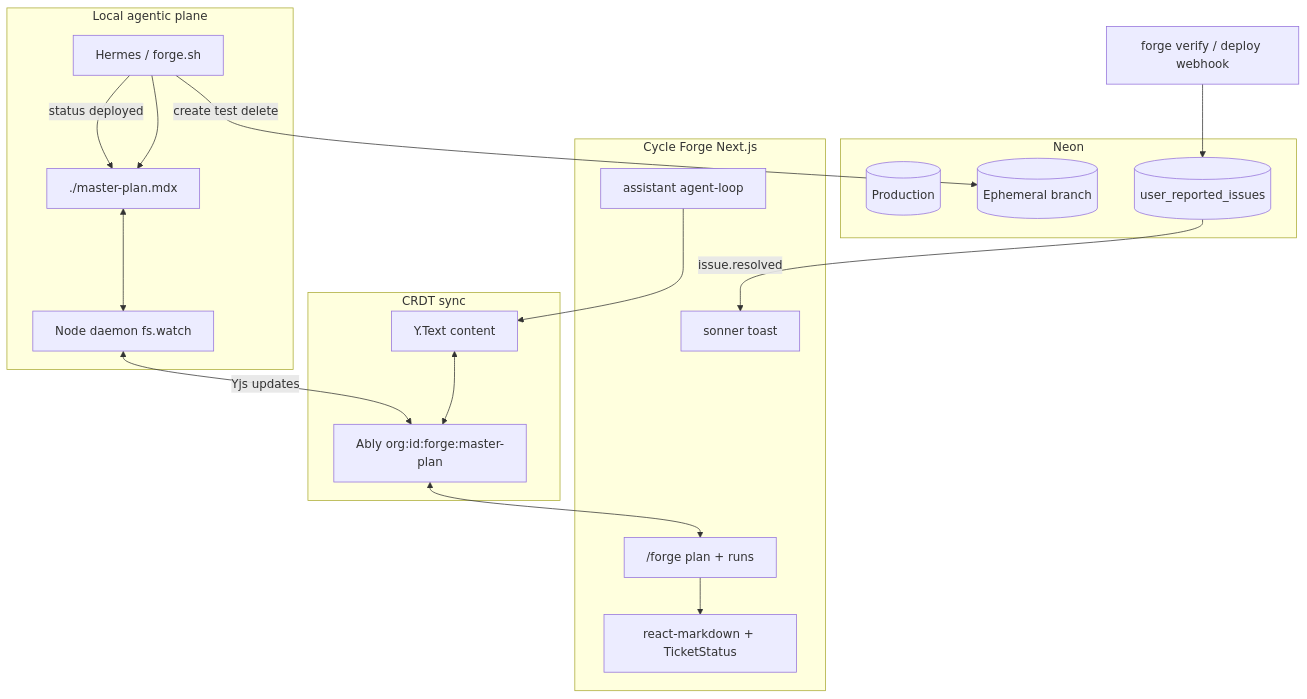
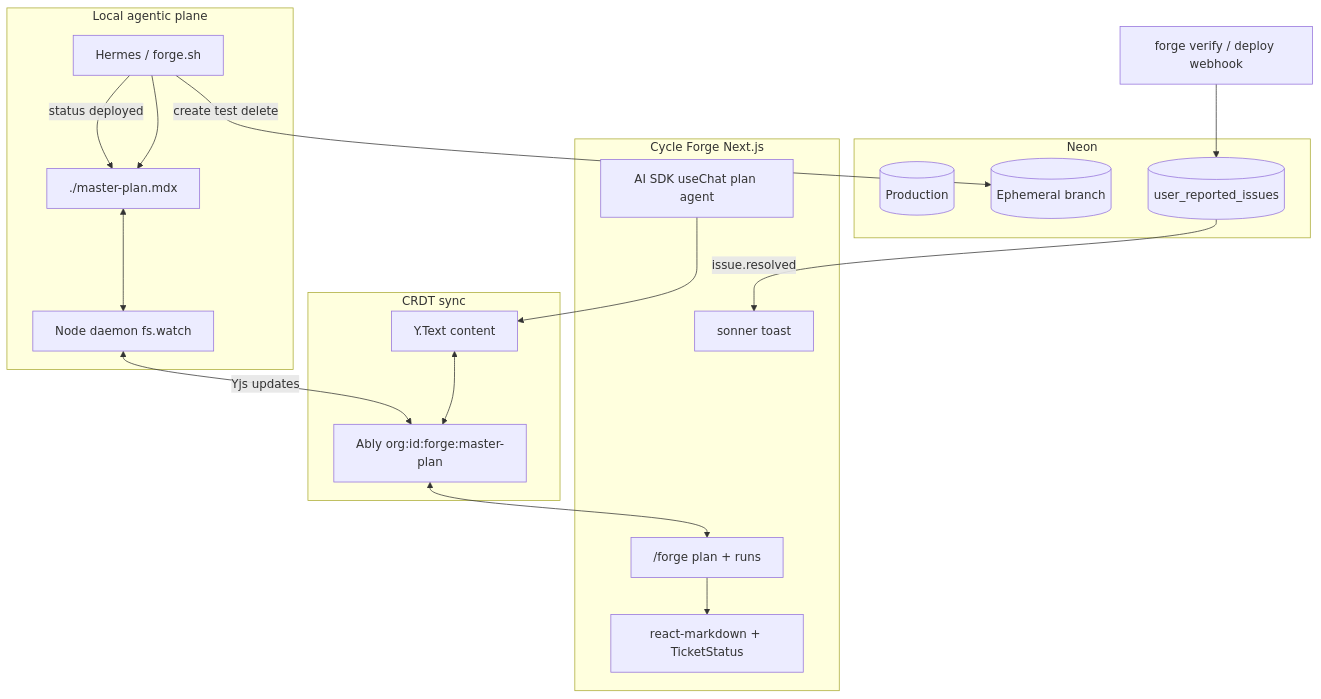
The diagram in docs/todo/agentic-loop-master-plan.md (DENSENSE8/cycleforge-app), drawn with Mermaid before and after one commit. The commit also changed other lines of this file, not shown here.

First line of the commit message:
Lock Vercel AI SDK for /forge plan-agent chat in agentic-loop plan

````diff
--- a/docs/todo/agentic-loop-master-plan.md
+++ b/docs/todo/agentic-loop-master-plan.md
@@ -72,38 +73,38 @@
 ```mermaid
 flowchart TB
   subgraph localPlane [Local agentic plane]
     MDX["./master-plan.mdx"]
     Daemon["Node daemon fs.watch"]
     Hermes["Hermes / forge.sh"]
     MDX <--> Daemon
     Hermes --> MDX
   end
 
   subgraph crdtPlane [CRDT sync]
     YText["Y.Text content"]
     AblyCh["Ably org:id:forge:master-plan"]
     YText <--> AblyCh
   end
 
   subgraph webPlane [Cycle Forge Next.js]
     ForgeUI["/forge plan + runs"]
     MDXView["react-markdown + TicketStatus"]
-    AgentChat["assistant agent-loop"]
+    AgentChat["AI SDK useChat plan agent"]
     Toast["sonner toast"]
     ForgeUI --> MDXView
     AgentChat --> YText
   end
 
   subgraph neonPlane [Neon]
     Prod[(Production)]
     Branch[(Ephemeral branch)]
     Issues[(user_reported_issues)]
   end
 
   Daemon <-->|Yjs updates| AblyCh
   AblyCh <--> ForgeUI
   Hermes -->|create test delete| Branch
   Hermes -->|status deployed| MDX
   Issues -->|issue.resolved| Toast
   ResolveHook["forge verify / deploy webhook"] --> Issues
 ```
````
